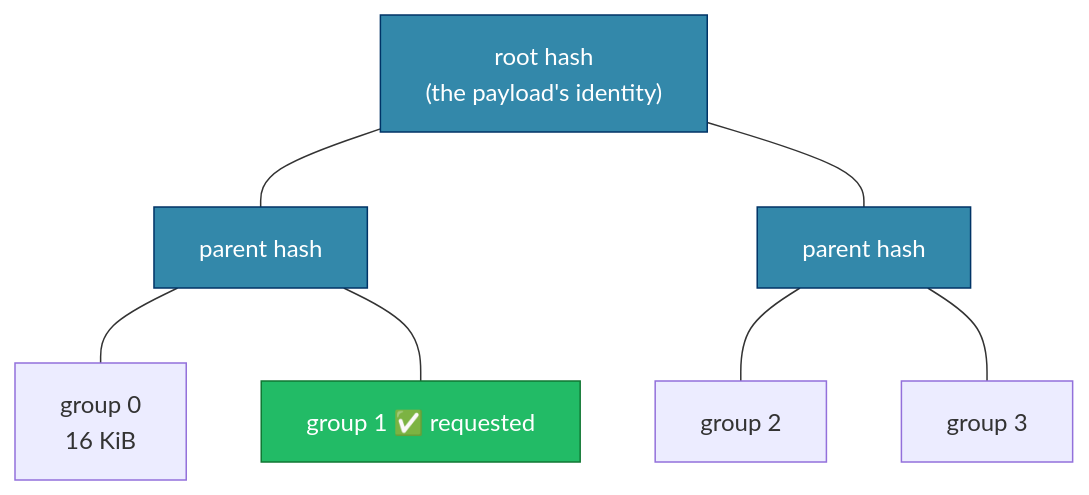
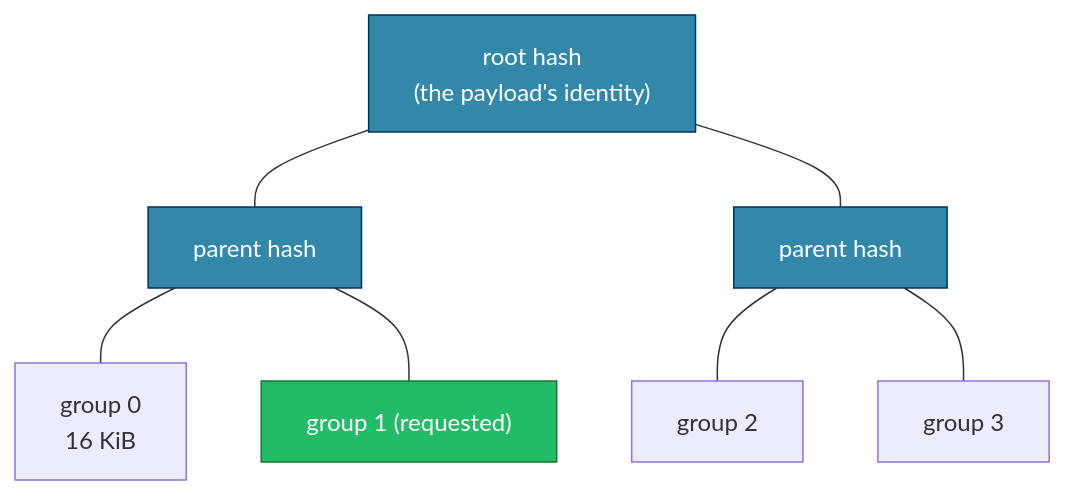
One commit to p13marc/zblob changed the diagram in docs/integrity-model.md. Above: the diagram before and after it, drawn with Mermaid. The commit also changed 2 other files, not shown here.

Commit message:
docs: fix mermaid rendering and clarify storage is optional
The architecture.md diagrams used two constructs some mermaid builds
render badly: subgraphs as edge endpoints (T1 -.-> T2, Tier1 --> Core)
and 'direction' inside subgraphs. Rewrite both flowcharts to node-to-node
edges only (the pattern router-storage.md already uses and renders),
drop the per-subgraph direction, and switch a few non-ASCII glyphs
(checkmark, unicode arrows/dots) to ASCII. Also drop <br/> from the
sequence-diagram notes (less reliably supported there than in flowchart
labels).

Also make explicit what the diagram now labels: no external storage is
required — tier 1 needs none, tier 2 defaults to a TreeServer inside the
producer, and a router-hosted Zenoh storage is an optional alternative.

````diff
--- a/docs/integrity-model.md
+++ b/docs/integrity-model.md
@@ -52,21 +52,21 @@
 ```mermaid
 flowchart TB
     ROOT["root hash<br/>(the payload's identity)"]
     P0["parent hash"]
     P1["parent hash"]
     G0["group 0<br/>16 KiB"]
-    G1["group 1 ✅ requested"]
+    G1["group 1 (requested)"]
     G2["group 2"]
     G3["group 3"]
     ROOT --- P0
     ROOT --- P1
     P0 --- G0
     P0 --- G1
     P1 --- G2
     P1 --- G3
 
     classDef sent fill:#2b6,stroke:#173,color:#fff;
     classDef proof fill:#38a,stroke:#036,color:#fff;
     class G1 sent;
     class P0,P1,ROOT proof;
 ```
````
